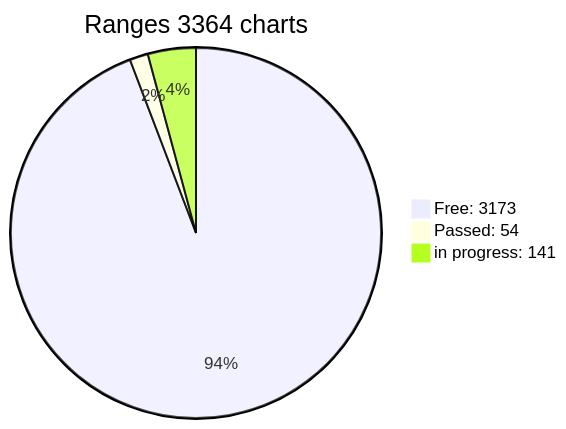
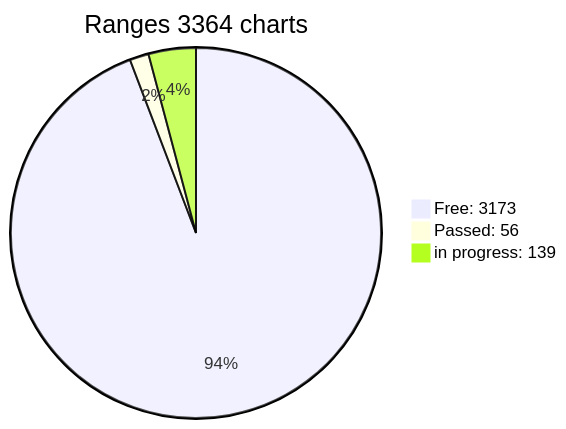
The diagram in x64/Release/table.md (jonlloner/wif500), drawn with Mermaid before and after one commit. The commit also changed other lines of this file, not shown here.

````diff
--- a/x64/Release/table.md
+++ b/x64/Release/table.md
@@ -42,6 +42,6 @@
 ```mermaid
 pie title Ranges 3364 charts
 "Free: 3173" : 3169
-"Passed: 54" : 54
-"in progress: 141" : 141
+"Passed: 56" : 56
+"in progress: 139" : 139
 ```  
````
